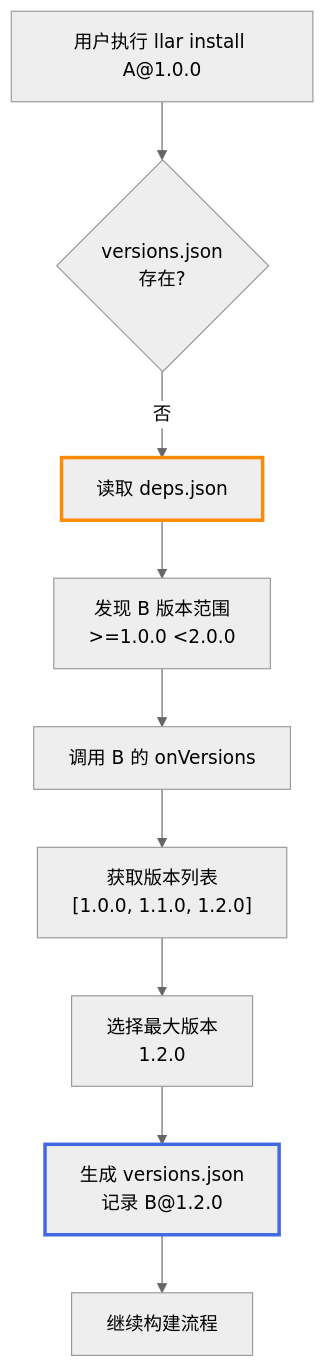
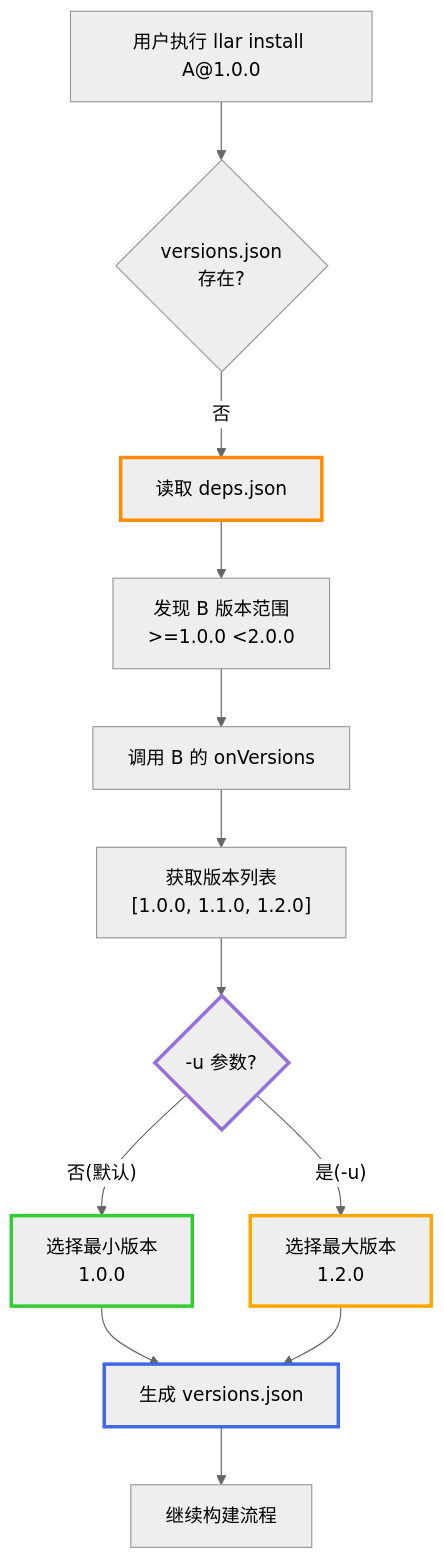
Before and after one commit to goplus/llar: the seventh of 13 diagrams in docs/version-management-user-stories.md, drawn with Mermaid (neutral theme). The commit also changed other lines of this file and 4 other files, not shown here.

````diff
--- a/docs/version-management-user-stories.md
+++ b/docs/version-management-user-stories.md
@@ -453,14 +458,20 @@
 ```mermaid
 graph TD
 A["用户执行 llar install A@1.0.0"] --> B{"versions.json<br/>存在?"}
 B -- "否" --> C["读取 deps.json"]
 C --> D["发现 B 版本范围<br/>>=1.0.0 <2.0.0"]
 D --> E["调用 B 的 onVersions"]
 E --> F["获取版本列表<br/>[1.0.0, 1.1.0, 1.2.0]"]
-F --> G["选择最大版本<br/>1.2.0"]
-G --> H["生成 versions.json<br/>记录 B@1.2.0"]
-H --> I["继续构建流程"]
+F --> G{"-u 参数?"}
+G -- "否(默认)" --> H["选择最小版本<br/>1.0.0"]
+G -- "是(-u)" --> I["选择最大版本<br/>1.2.0"]
+H --> J["生成 versions.json"]
+I --> J
+J --> K["继续构建流程"]
 
 style C stroke:#FF8C00,stroke-width:3px
-style H stroke:#4169E1,stroke-width:3px
+style G stroke:#9370DB,stroke-width:3px
+style H stroke:#32CD32,stroke-width:3px
+style I stroke:#FFA500,stroke-width:3px
+style J stroke:#4169E1,stroke-width:3px
 ```
````
